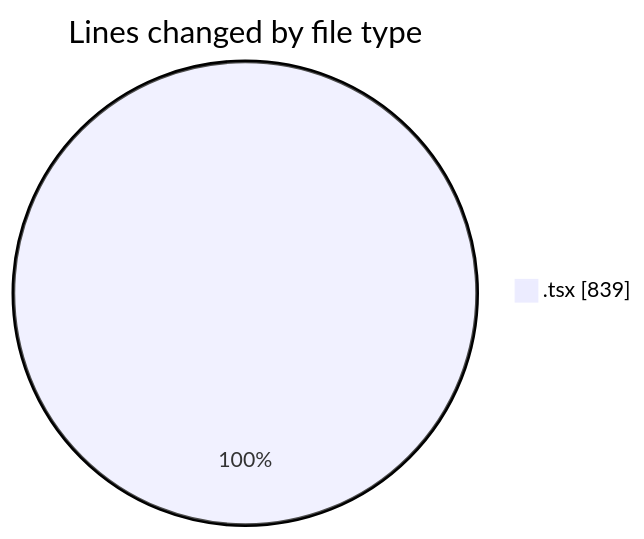
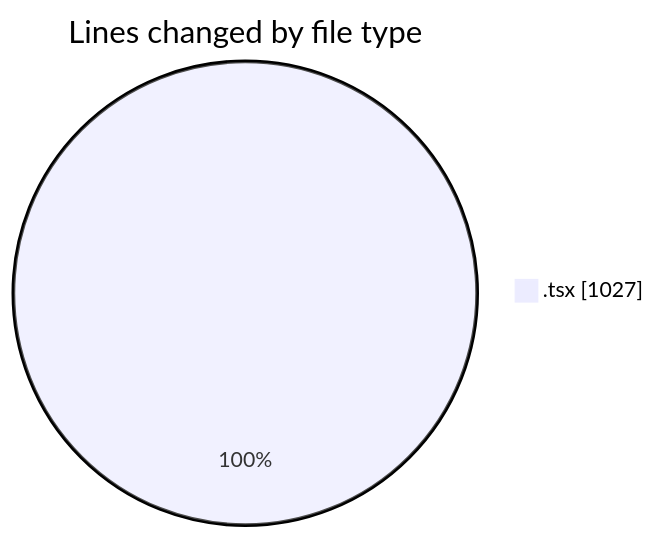
One commit to nxtqubesakshisongat/code-tracking changed the first of 2 diagrams in 2026-05-19/nxtqube_webapp/README.md. Above: the diagram before and after it, drawn with Mermaid. The commit also changed other lines of this file and 1 other file, not shown here.

````diff
--- a/2026-05-19/nxtqube_webapp/README.md
+++ b/2026-05-19/nxtqube_webapp/README.md
@@ -24,5 +24,5 @@
 ```mermaid
 pie showData
 title Lines changed by file type
-".tsx" : 839
+".tsx" : 1027
 ```
````
